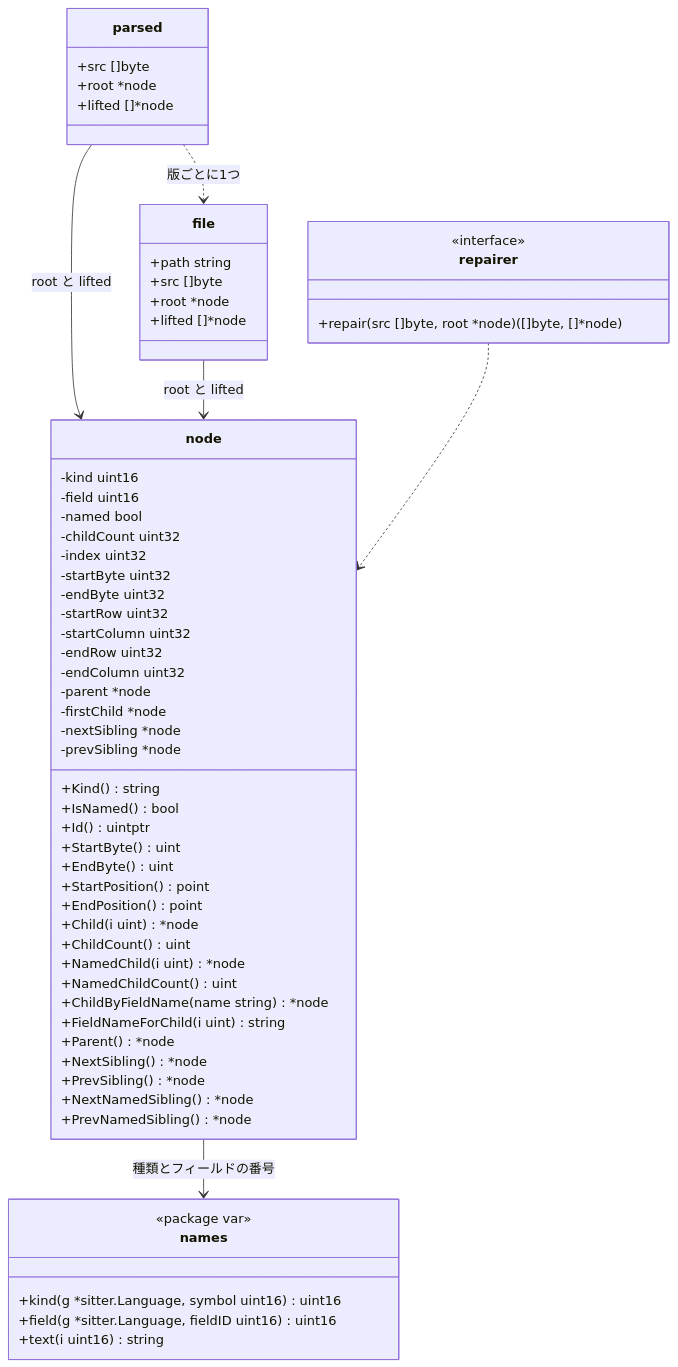
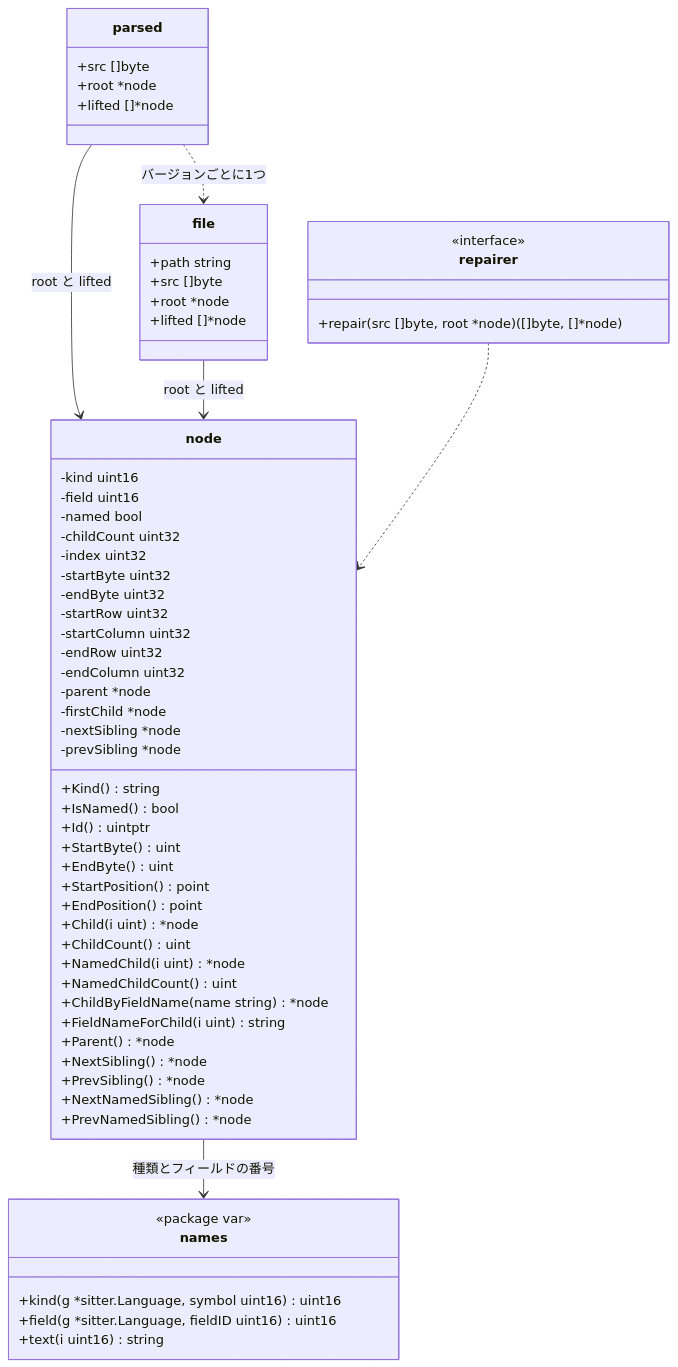
One commit to rerorets/hadome changed the second of 2 diagrams in docs/design/adapters-treesitter.ja.md. Above: the diagram before and after it, drawn with Mermaid. The commit also changed other lines of this file and 37 other files, not shown here.

````diff
--- a/docs/design/adapters-treesitter.ja.md
+++ b/docs/design/adapters-treesitter.ja.md
@@ -69,64 +69,64 @@
 ```mermaid
 classDiagram
   class parsed {
     +src []byte
     +root *node
     +lifted []*node
   }
   class file {
     +path string
     +src []byte
     +root *node
     +lifted []*node
   }
   class node {
     -kind uint16
     -field uint16
     -named bool
     -childCount uint32
     -index uint32
     -startByte uint32
     -endByte uint32
     -startRow uint32
     -startColumn uint32
     -endRow uint32
     -endColumn uint32
     -parent *node
     -firstChild *node
     -nextSibling *node
     -prevSibling *node
     +Kind() string
     +IsNamed() bool
     +Id() uintptr
     +StartByte() uint
     +EndByte() uint
     +StartPosition() point
     +EndPosition() point
     +Child(i uint) *node
     +ChildCount() uint
     +NamedChild(i uint) *node
     +NamedChildCount() uint
     +ChildByFieldName(name string) *node
     +FieldNameForChild(i uint) string
     +Parent() *node
     +NextSibling() *node
     +PrevSibling() *node
     +NextNamedSibling() *node
     +PrevNamedSibling() *node
   }
   class names {
     <<package var>>
     +kind(g *sitter.Language, symbol uint16) uint16
     +field(g *sitter.Language, fieldID uint16) uint16
     +text(i uint16) string
   }
   class repairer {
     <<interface>>
     +repair(src []byte, root *node) ([]byte, []*node)
   }
   parsed --> node : root と lifted
-  parsed ..> file : 版ごとに1つ
+  parsed ..> file : バージョンごとに1つ
   file --> node : root と lifted
   node --> names : 種類とフィールドの番号
   repairer ..> node
 ```
````
